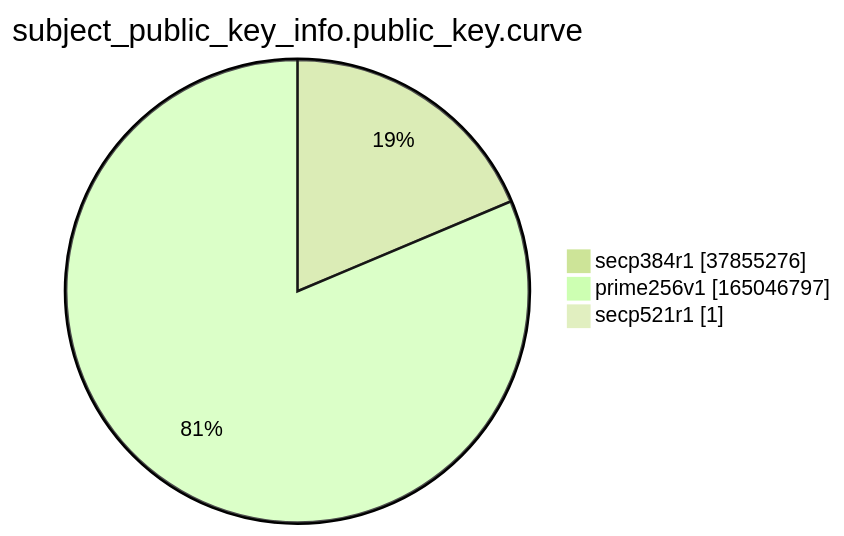
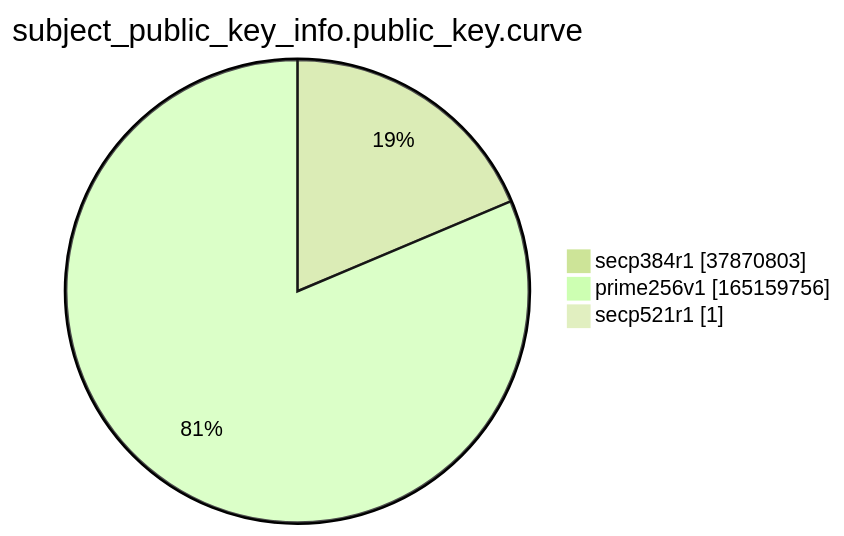
Before and after one commit to christiankrug/ctmonitor_visualization: the ninth of 15 diagrams in argon2022/README.md, drawn with Mermaid (forest theme). The commit also changed other lines of this file, not shown here.

````diff
--- a/argon2022/README.md
+++ b/argon2022/README.md
@@ -2766,7 +2766,7 @@
 ```mermaid
 pie showData
 title subject_public_key_info.public_key.curve
-"secp384r1" :37855276
-"prime256v1" :165046797
+"secp384r1" :37870803
+"prime256v1" :165159756
 "secp521r1" :1
 ```
````
